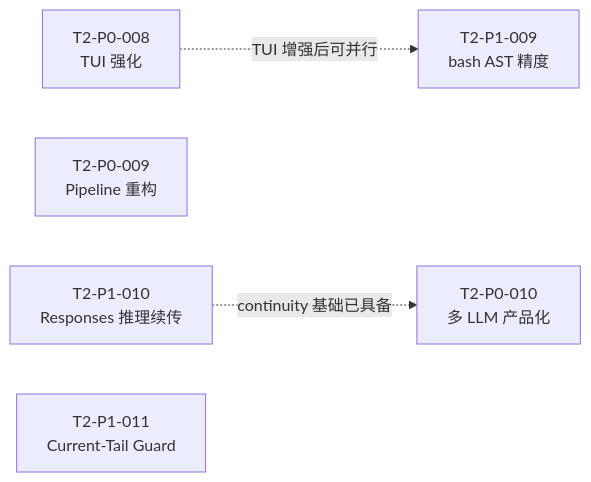
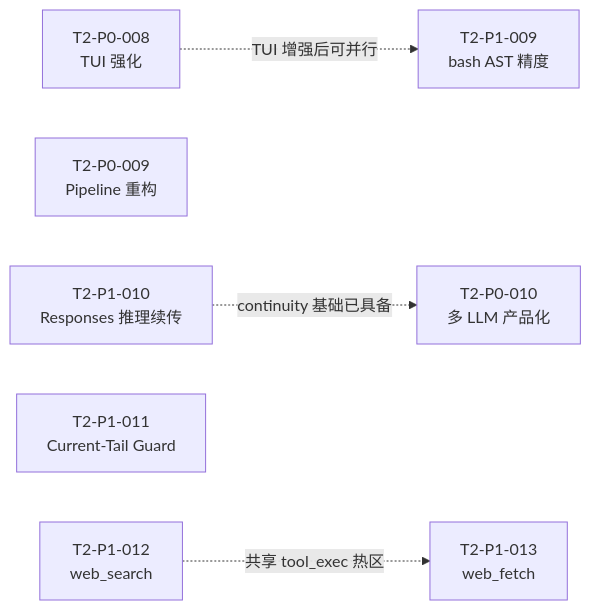
One commit to teisun/tomcat-agent changed the diagram in tomcat/docs/agents/TASK_BOARD_002/README.md. Above: the diagram before and after it, drawn with Mermaid. The commit also changed other lines of this file and 1 other file, not shown here.

````diff
--- a/tomcat/docs/agents/TASK_BOARD_002/README.md
+++ b/tomcat/docs/agents/TASK_BOARD_002/README.md
@@ -51,14 +51,19 @@
 ```mermaid
 flowchart LR
     P008[T2-P0-008<br/>TUI 强化]
     P009[T2-P0-009<br/>Pipeline 重构]
     P010[T2-P0-010<br/>多 LLM 产品化]
     P109[T2-P1-009<br/>bash AST 精度]
     P110[T2-P1-010<br/>Responses 推理续传]
     P111[T2-P1-011<br/>Current-Tail Guard]
+    P112[T2-P1-012<br/>web_search]
+    P113[T2-P1-013<br/>web_fetch]
     P008 -.->|TUI 增强后可并行| P109
+    P112 -.->|共享 tool_exec 热区| P113
     P110 -.->|continuity 基础已具备| P010
     P009
     P110
     P111
+    P112
+    P113
 ```
````
